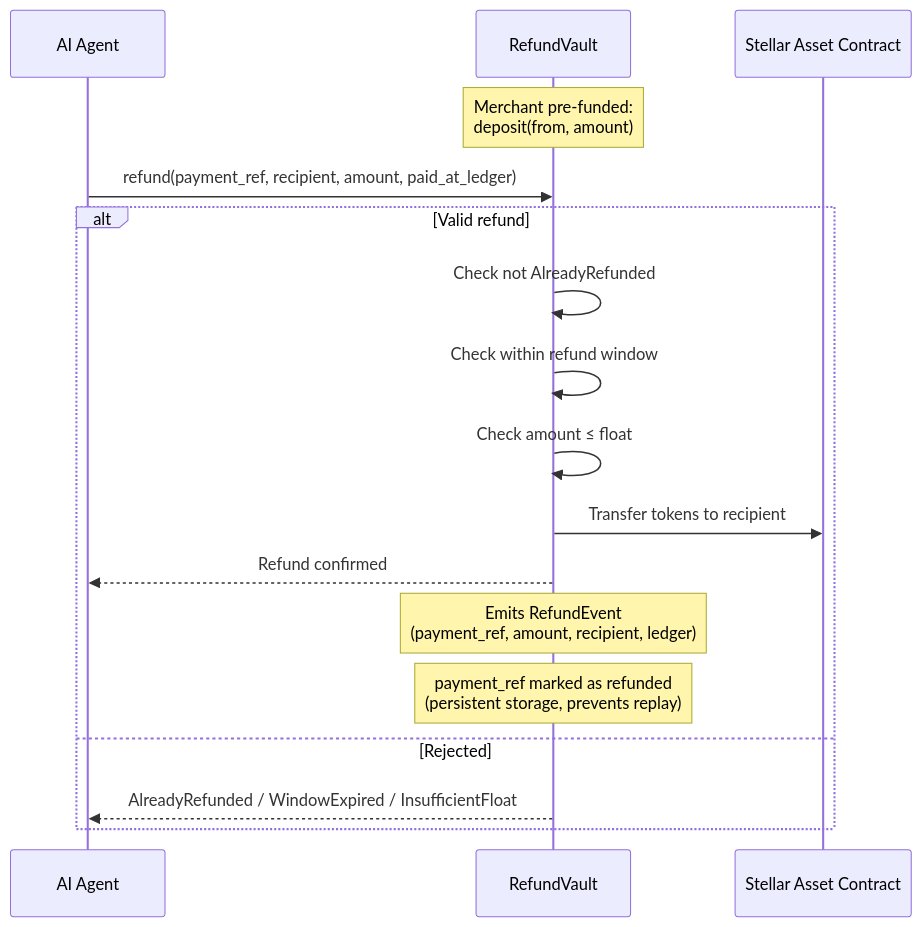
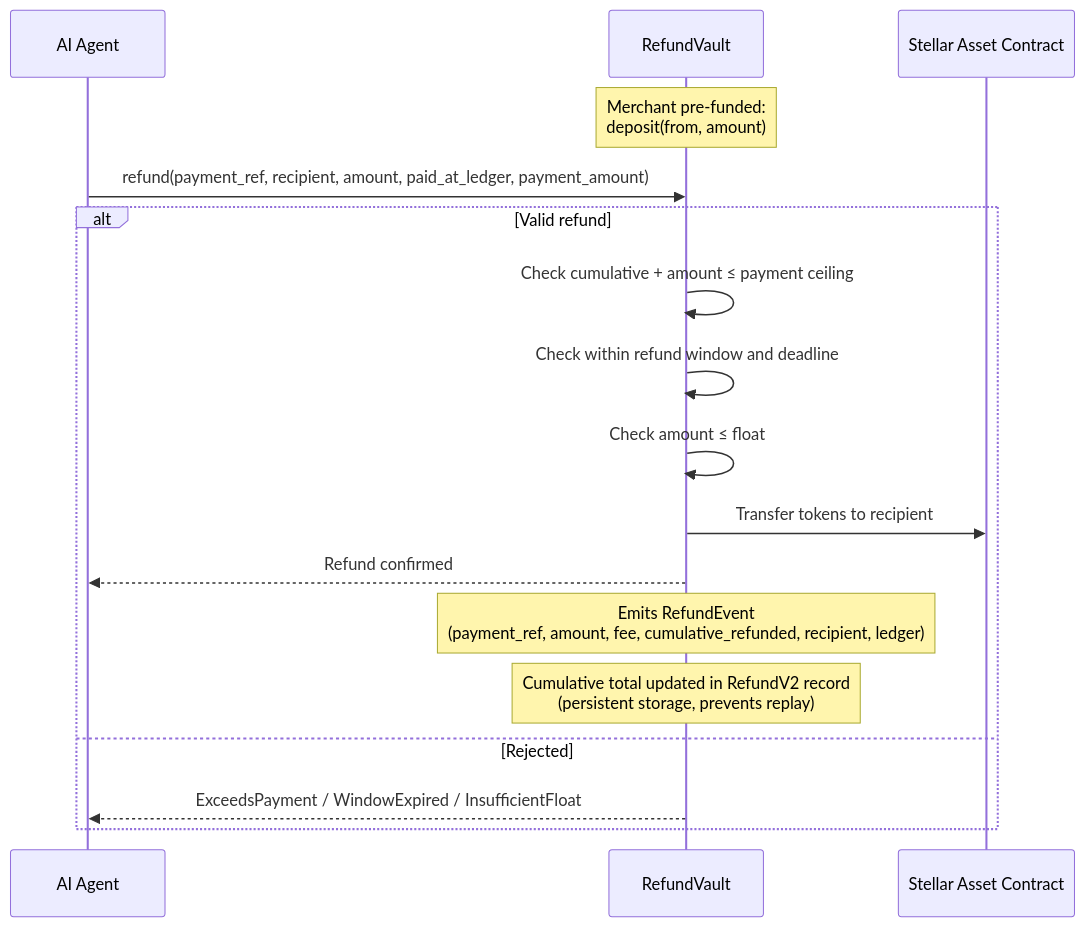
The third of 4 diagrams in docs/ARCHITECTURE.md (0dillon/accensa-contracts), drawn with Mermaid before and after one commit. The commit also changed 4 other files, not shown here.

Commit message:
feat(refund-vault): update refund logic and documentation for cumulative refunds

````diff
--- a/docs/ARCHITECTURE.md
+++ b/docs/ARCHITECTURE.md
@@ -80,22 +80,22 @@
 ```mermaid
 sequenceDiagram
     participant Agent as AI Agent
     participant RV as RefundVault
     participant SAC as Stellar Asset Contract
 
     Note over RV: Merchant pre-funded:<br/>deposit(from, amount)
 
-    Agent->>RV: refund(payment_ref, recipient, amount, paid_at_ledger)
+    Agent->>RV: refund(payment_ref, recipient, amount, paid_at_ledger, payment_amount)
 
     alt Valid refund
-        RV->>RV: Check not AlreadyRefunded
-        RV->>RV: Check within refund window
+        RV->>RV: Check cumulative + amount ≤ payment ceiling
+        RV->>RV: Check within refund window and deadline
         RV->>RV: Check amount ≤ float
         RV->>SAC: Transfer tokens to recipient
         RV-->>Agent: Refund confirmed
-        Note over RV: Emits RefundEvent<br/>(payment_ref, amount, recipient, ledger)
-        Note over RV: payment_ref marked as refunded<br/>(persistent storage, prevents replay)
+        Note over RV: Emits RefundEvent<br/>(payment_ref, amount, fee, cumulative_refunded, recipient, ledger)
+        Note over RV: Cumulative total updated in RefundV2 record<br/>(persistent storage, prevents replay)
     else Rejected
-        RV-->>Agent: AlreadyRefunded / WindowExpired / InsufficientFloat
+        RV-->>Agent: ExceedsPayment / WindowExpired / InsufficientFloat
     end
 ```
````
